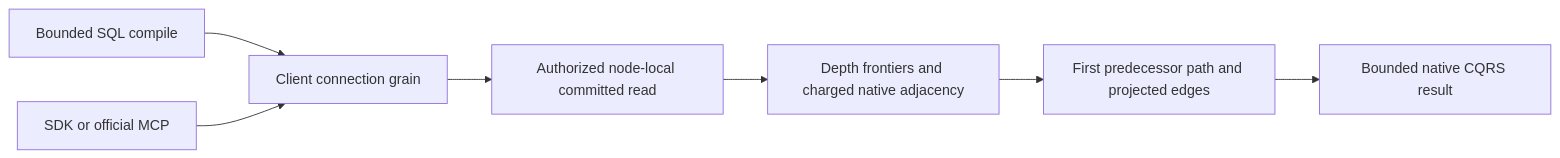
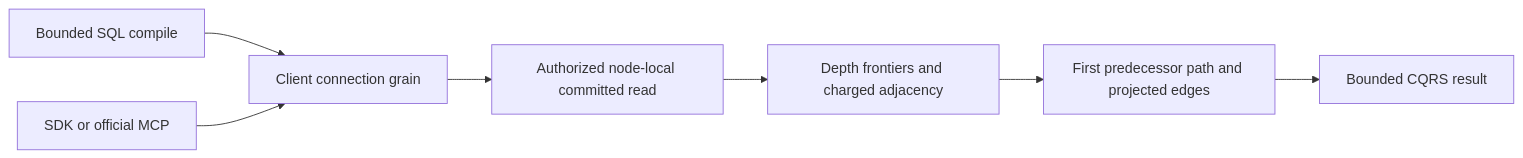
One commit to managedcode/KeyLoad changed the diagram in docs/Features/GraphTraversal/ShortestPath.md. Above: the diagram before and after it, drawn with Mermaid. The commit also changed other lines of this file and 9016 other files, not shown here.

````diff
--- a/docs/Features/GraphTraversal/ShortestPath.md
+++ b/docs/Features/GraphTraversal/ShortestPath.md
@@ -161,9 +161,9 @@
 ```mermaid
 flowchart LR
     SQL[Bounded SQL compile] --> Request[Client connection grain]
     SDK[SDK or official MCP] --> Request
     Request --> Owner[Authorized node-local committed read]
-    Owner --> Frontier[Depth frontiers and charged native adjacency]
+    Owner --> Frontier[Depth frontiers and charged adjacency]
     Frontier --> Path[First predecessor path and projected edges]
-    Path --> Result[Bounded native CQRS result]
+    Path --> Result[Bounded CQRS result]
 ```
````
